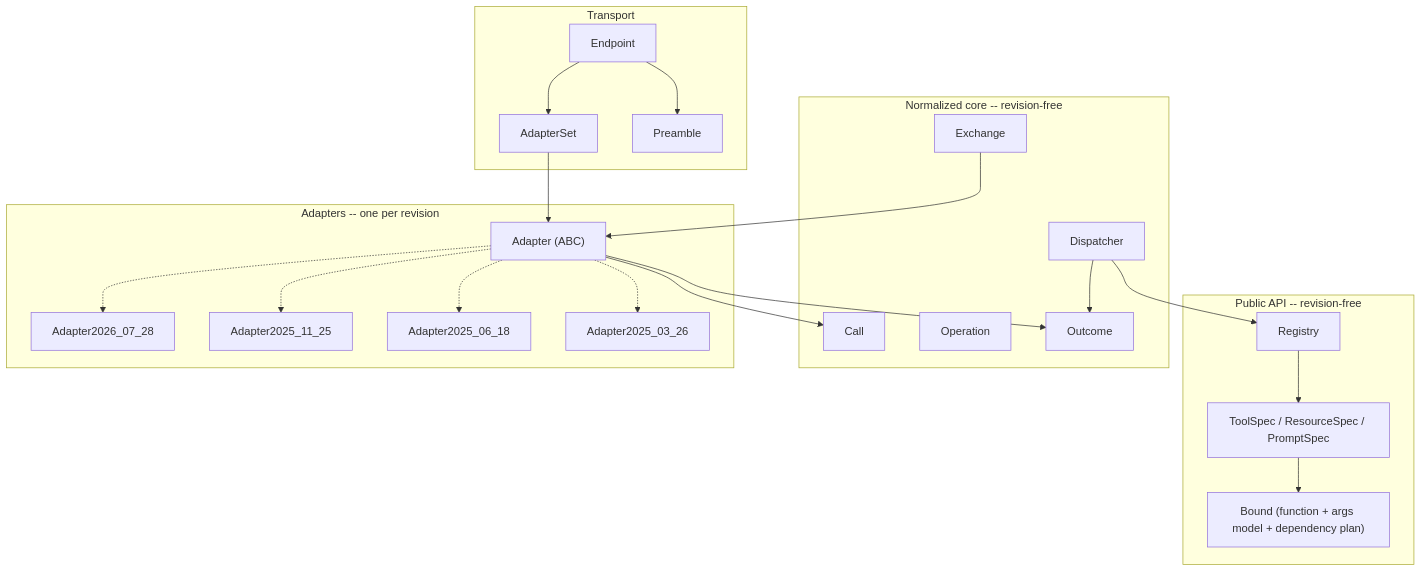
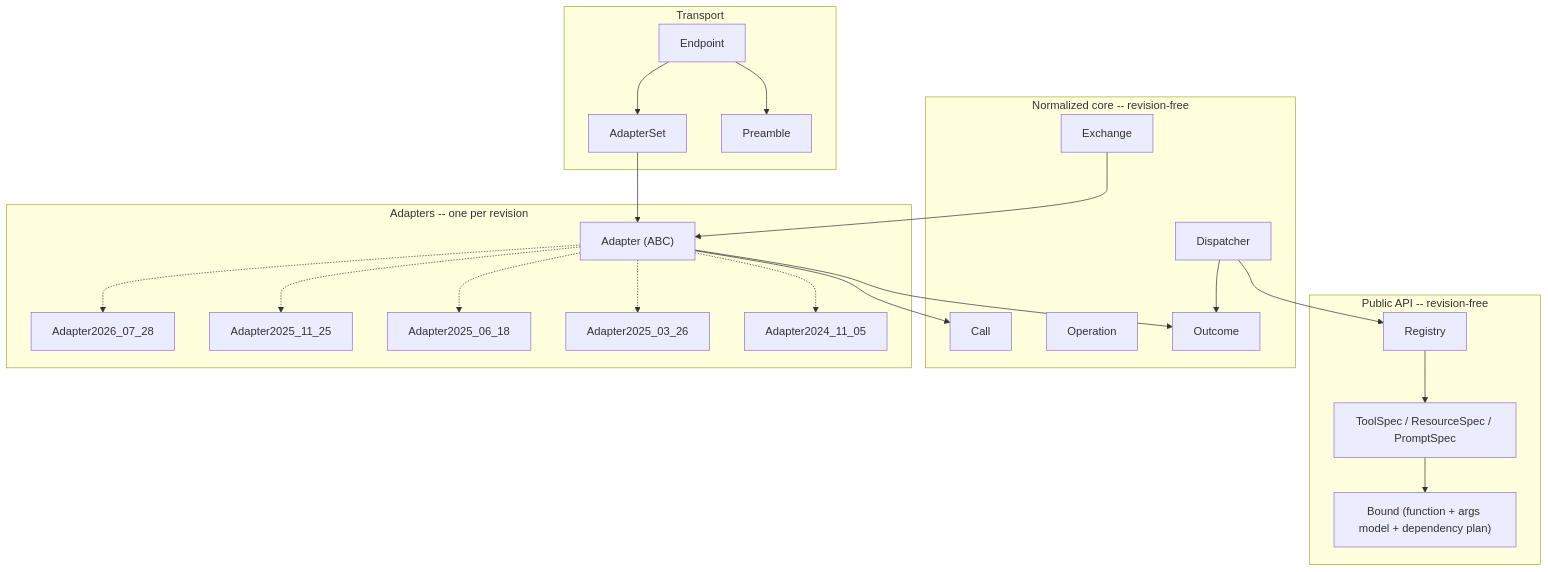
Before and after one commit to mosquito/aiohttp-tiny-mcp: the diagram in docs/reference/adapters.md, drawn with Mermaid. The commit also changed other lines of this file and 23 other files, not shown here.

````diff
--- a/docs/reference/adapters.md
+++ b/docs/reference/adapters.md
@@ -8,42 +8,43 @@
 ```{mermaid}
 flowchart TB
     subgraph public["Public API -- revision-free"]
         Registry
         Specs["ToolSpec / ResourceSpec / PromptSpec"]
         Bound["Bound (function + args model + dependency plan)"]
     end
 
     subgraph neutral["Normalized core -- revision-free"]
         Call
         Operation
         Outcome
         Dispatcher
         Exchange
     end
 
     subgraph adapters["Adapters -- one per revision"]
         Adapter["Adapter (ABC)"]
         A26["Adapter2026_07_28"]
         A25c["Adapter2025_11_25"]
         A25b["Adapter2025_06_18"]
         A25a["Adapter2025_03_26"]
+        A24["Adapter2024_11_05"]
     end
 
     subgraph transport["Transport"]
         Endpoint
         AdapterSet
         Preamble
     end
 
     Endpoint --> AdapterSet
     AdapterSet --> Adapter
     Endpoint --> Preamble
     Adapter --> Call
     Dispatcher --> Registry
     Dispatcher --> Outcome
     Adapter --> Outcome
     Exchange --> Adapter
     Registry --> Specs
     Specs --> Bound
-    Adapter -.-> A26 & A25c & A25b & A25a
+    Adapter -.-> A26 & A25c & A25b & A25a & A24
 ```
````
